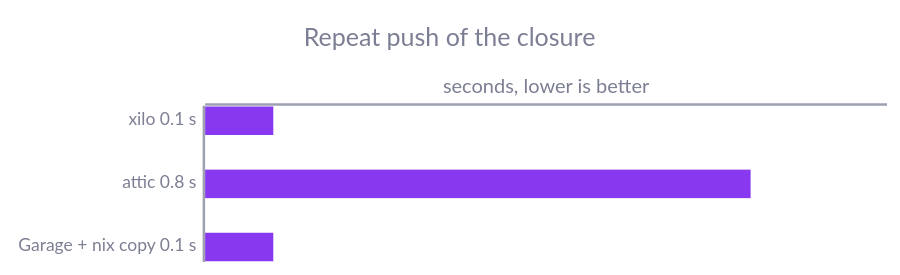
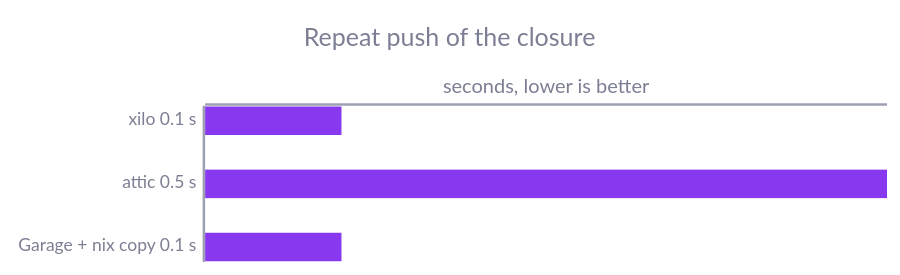
The sixth of 8 diagrams in README.md (stubbedev/xilo), drawn with Mermaid before and after one commit. The commit also changed other lines of this file and 2 other files, not shown here.

````diff
--- a/README.md
+++ b/README.md
@@ -153,8 +153,8 @@
 ```mermaid
 %%{init: {"theme": "base", "themeVariables": {"xyChart": {"backgroundColor": "transparent", "titleColor": "#7c7f93", "xAxisLabelColor": "#7c7f93", "xAxisTitleColor": "#7c7f93", "xAxisLineColor": "#9ca0b0", "yAxisTitleColor": "#7c7f93", "yAxisLineColor": "#9ca0b0", "plotColorPalette": "#8839ef"}}, "xyChart": {"height": 200, "yAxis": {"showLabel": false, "showTick": false}, "xAxis": {"showTick": false}}}}%%
 xychart-beta horizontal
     title "Repeat push of the closure"
-    x-axis ["xilo  0.1 s", "attic  0.8 s", "Garage + nix copy  0.1 s"]
-    y-axis "seconds, lower is better" 0 --> 1
-    bar [0.1, 0.8, 0.1]
+    x-axis ["xilo  0.1 s", "attic  0.5 s", "Garage + nix copy  0.1 s"]
+    y-axis "seconds, lower is better" 0 --> 0.5
+    bar [0.1, 0.5, 0.1]
 ```
````
